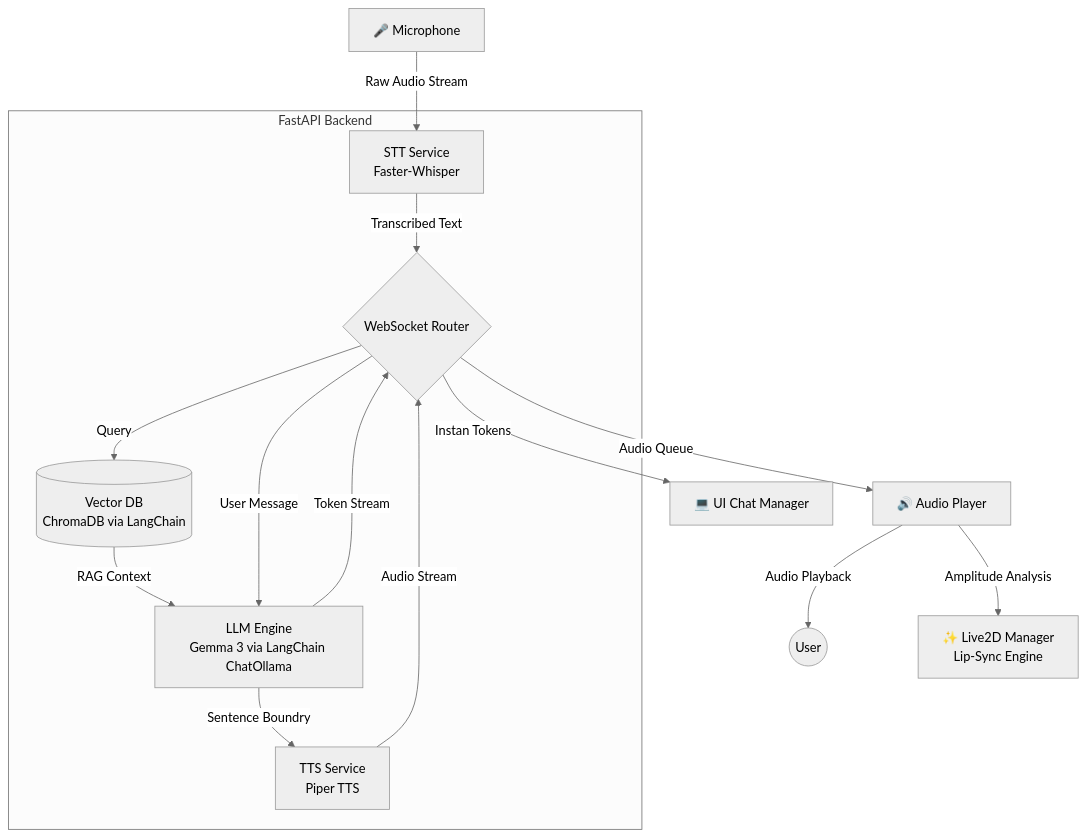
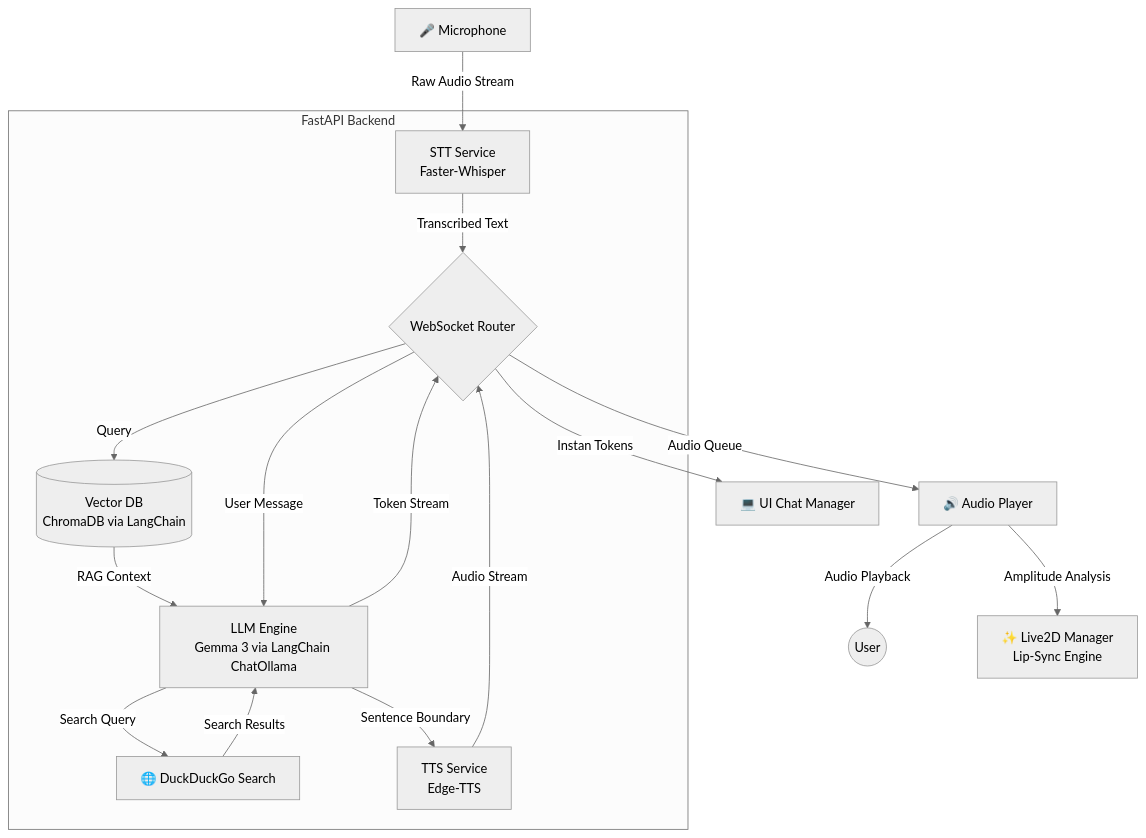
The diagram in README.md (Fawwzrf/Rei-Assistant), drawn with Mermaid (neutral theme) before and after one commit. The commit also changed other lines of this file and 4 other files, not shown here.

Commit message:
feat: integrate langchain, add ddg search tool, background history summarizer, and fix tts/stt sync latency

````diff
--- a/README.md
+++ b/README.md
@@ -18,21 +20,23 @@
 ```mermaid
 flowchart TD
     %% Frontend Components
     A[🎤 Microphone] -->|Raw Audio Stream| B[STT Service\nFaster-Whisper]
     
     subgraph Backend [FastAPI Backend]
         B -->|Transcribed Text| D{WebSocket Router}
         D -->|Query| E[(Vector DB\nChromaDB via LangChain)]
         E -->|RAG Context| F[LLM Engine\nGemma 3 via LangChain ChatOllama]
+        F -->|Search Query| K[🌐 DuckDuckGo Search]
+        K -->|Search Results| F
         D -->|User Message| F
         F -->|Token Stream| D
-        F -->|Sentence Boundry| G[TTS Service\nPiper TTS]
+        F -->|Sentence Boundary| G[TTS Service\nEdge-TTS]
         G -->|Audio Stream| D
     end
 
     %% Sync to Frontend Frontend
     D -->|Instan Tokens| H[💻 UI Chat Manager]
     D -->|Audio Queue| I[🔊 Audio Player]
     I -->|Audio Playback| User((User))
     I -->|Amplitude Analysis| J[✨ Live2D Manager\nLip-Sync Engine]
 ```
````
